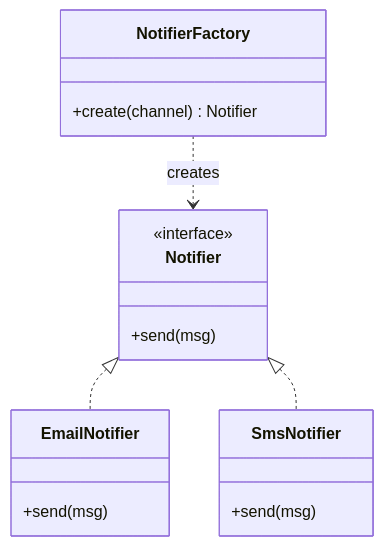
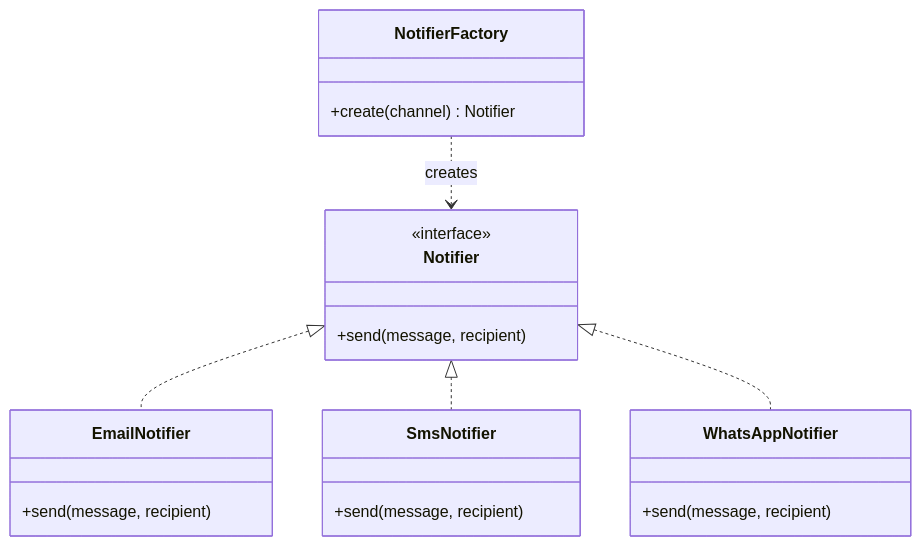
The first of 2 diagrams in content/factory-pattern.md (Thamjith/system-design-reallife-scenarios), drawn with Mermaid before and after one commit. The commit also changed other lines of this file and 9 other files, not shown here.

First line of the commit message:
Enhance Mermaid diagrams with zoom functionality and improve styling

````diff
--- a/content/factory-pattern.md
+++ b/content/factory-pattern.md
@@ -25,19 +97,23 @@
 ```mermaid
 classDiagram
     class Notifier {
         <<interface>>
-        +send(msg)
+        +send(message, recipient)
     }
     class EmailNotifier {
-        +send(msg)
+        +send(message, recipient)
     }
     class SmsNotifier {
-        +send(msg)
+        +send(message, recipient)
+    }
+    class WhatsAppNotifier {
+        +send(message, recipient)
     }
     class NotifierFactory {
         +create(channel) Notifier
     }
     Notifier <|.. EmailNotifier
     Notifier <|.. SmsNotifier
+    Notifier <|.. WhatsAppNotifier
     NotifierFactory ..> Notifier : creates
 ```
````
